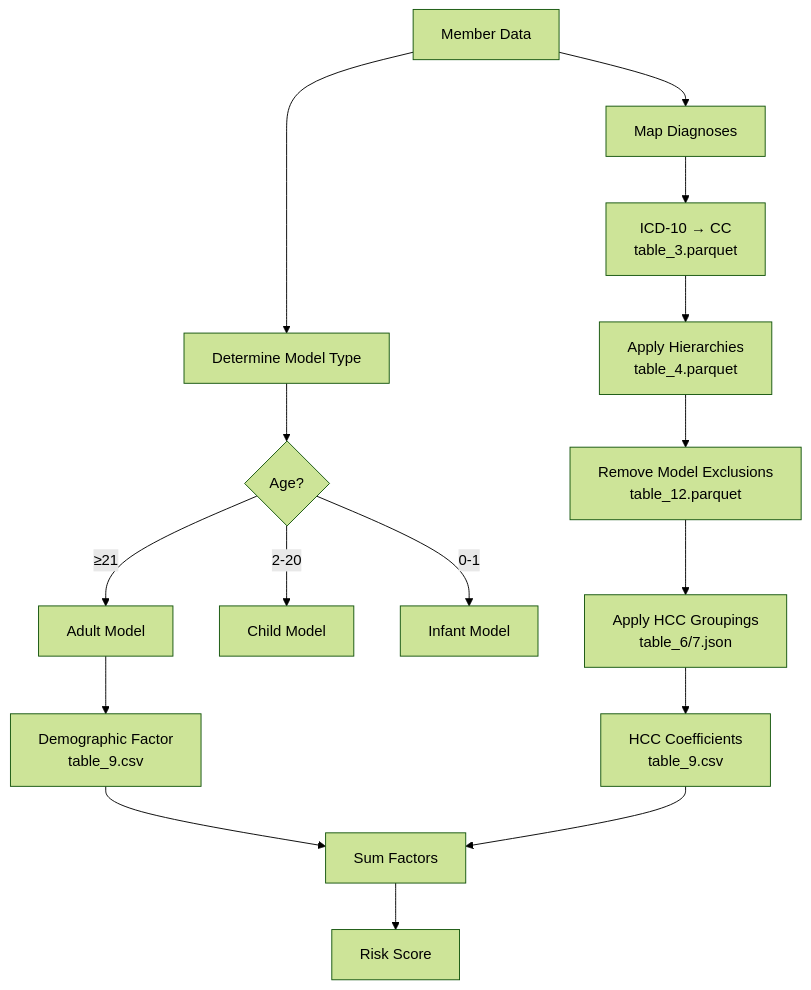
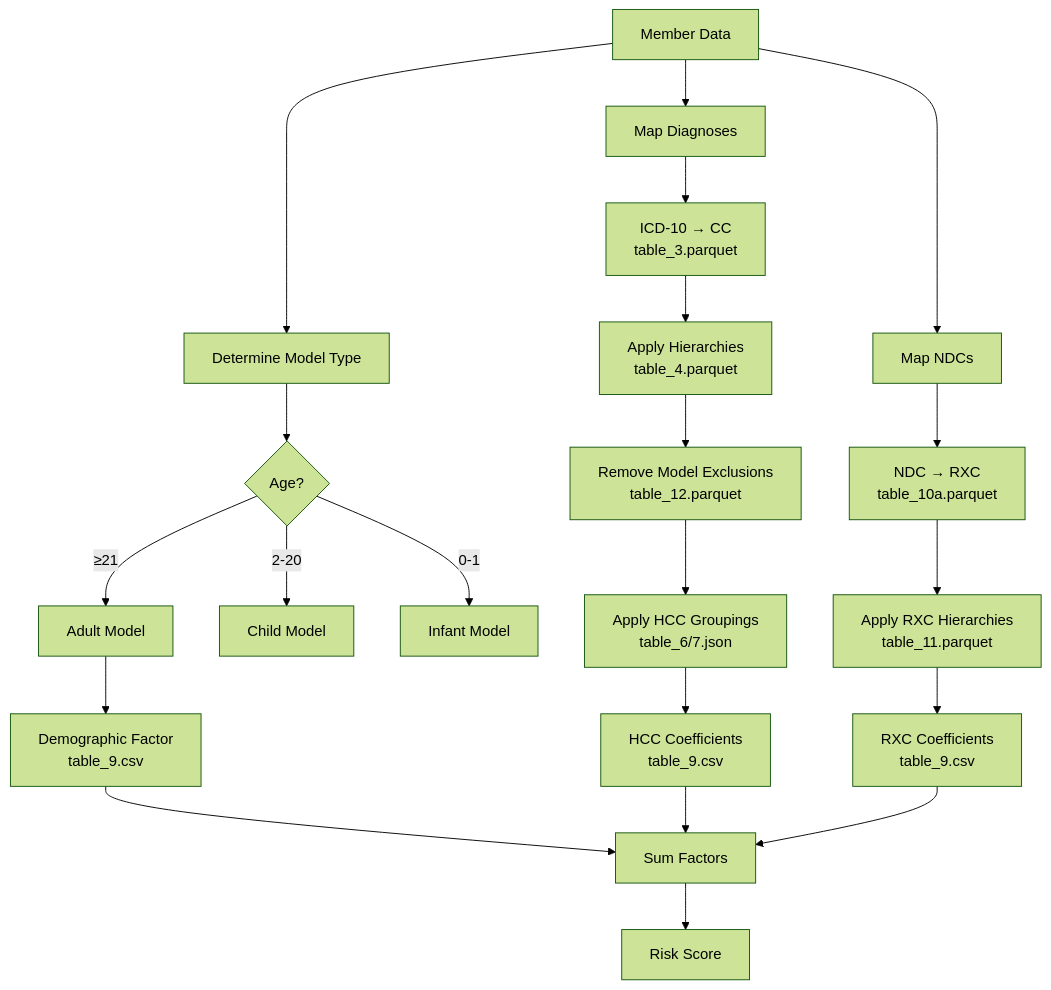
Before and after one commit to garthmortensen/prism: the first of 3 diagrams in ra_calculators/aca_risk_calculator/README.md, drawn with Mermaid (forest theme). The commit also changed other lines of this file and 3 other files, not shown here.

Commit message:
feat(RXCs): add ndc to rxc and coefficient scoring logic

````diff
--- a/ra_calculators/aca_risk_calculator/README.md
+++ b/ra_calculators/aca_risk_calculator/README.md
@@ -49,22 +69,28 @@
 ```mermaid
 flowchart TD
     A[Member Data] --> B[Determine Model Type]
     B --> C{Age?}
     C -->|≥21| D[Adult Model]
     C -->|2-20| E[Child Model]
     C -->|0-1| F[Infant Model]
     
     A --> G[Map Diagnoses]
     G --> H[ICD-10 → CC<br/>table_3.parquet]
     
     H --> I[Apply Hierarchies<br/>table_4.parquet]
     I --> J[Remove Model Exclusions<br/>table_12.parquet]
     J --> K[Apply HCC Groupings<br/>table_6/7.json]
     
+    A --> P[Map NDCs]
+    P --> Q[NDC → RXC<br/>table_10a.parquet]
+    Q --> R[Apply RXC Hierarchies<br/>table_11.parquet]
+
     D --> L[Demographic Factor<br/>table_9.csv]
     K --> M[HCC Coefficients<br/>table_9.csv]
+    R --> S[RXC Coefficients<br/>table_9.csv]
     
     L --> N[Sum Factors]
     M --> N
+    S --> N
     N --> O[Risk Score]
 ```
````
